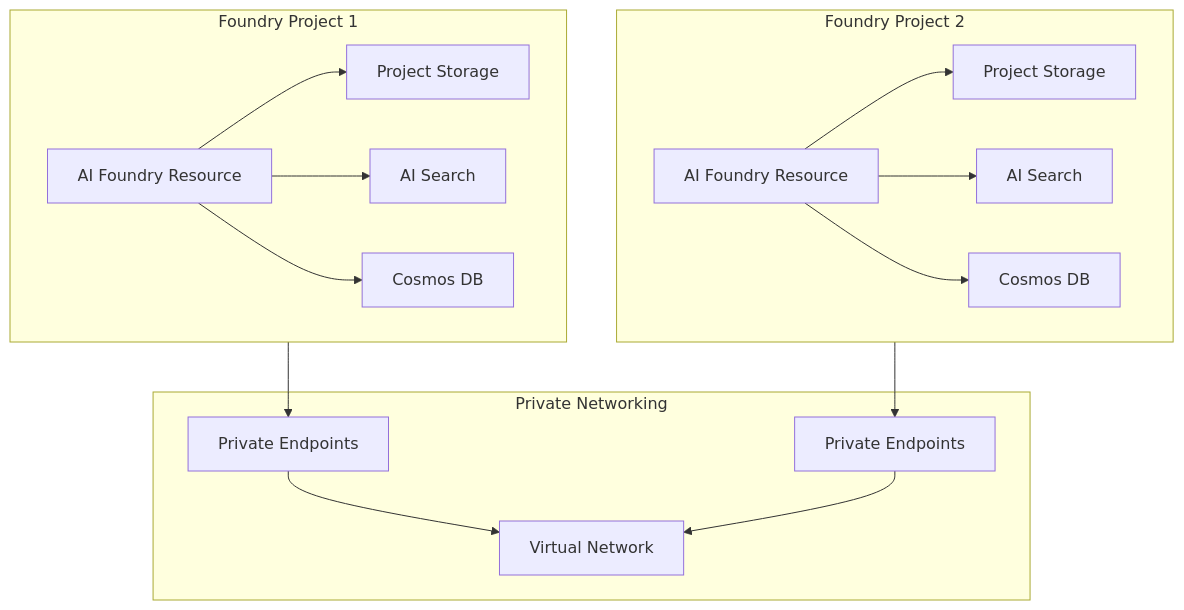
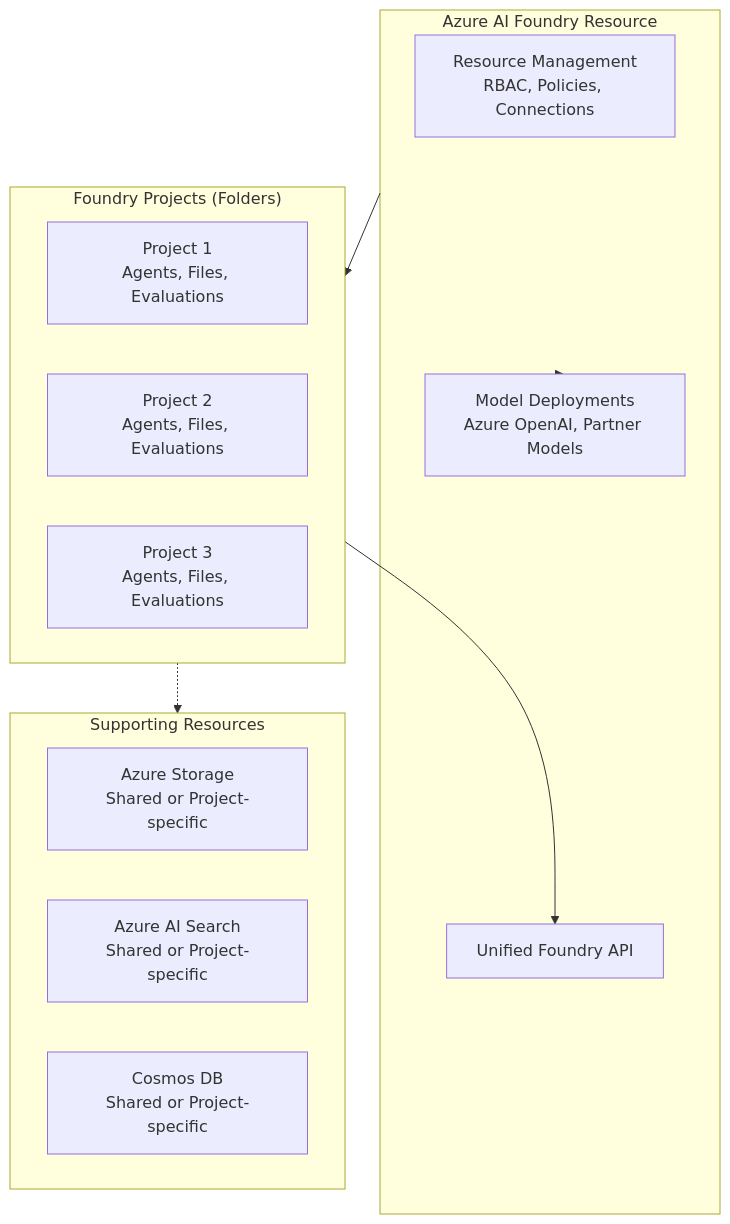
One commit to JinLee794/ai-foundry-sandbox changed the first of 2 diagrams in README.md. Above: the diagram before and after it, drawn with Mermaid. The commit also changed other lines of this file, not shown here.

````diff
--- a/README.md
+++ b/README.md
@@ -93,39 +96,29 @@
 ```mermaid
 flowchart TB
-    %% Project 1
-    subgraph Project1["Foundry Project 1"]
-        F1[AI Foundry Resource]
-        S1[Project Storage]
-        AI1[AI Search]
-        C1[Cosmos DB]
+    %% Azure AI Foundry Resource
+    subgraph FoundryResource["Azure AI Foundry Resource"]
+        Management[Resource Management<br/>RBAC, Policies, Connections]
+        Models[Model Deployments<br/>Azure OpenAI, Partner Models]
+        API[Unified Foundry API]
     end
 
-    %% Project 2
-    subgraph Project2["Foundry Project 2"]
-        F2[AI Foundry Resource]
-        S2[Project Storage]
-        AI2[AI Search]
-        C2[Cosmos DB]
+    %% Projects as Folders
+    subgraph Projects["Foundry Projects (Folders)"]
+        P1[Project 1<br/>Agents, Files, Evaluations]
+        P2[Project 2<br/>Agents, Files, Evaluations]
+        P3[Project 3<br/>Agents, Files, Evaluations]
     end
 
-    %% Networking
-    subgraph Networking["Private Networking"]
-        VNet[Virtual Network]
-        PE1[Private Endpoints]
-        PE2[Private Endpoints]
+    %% Supporting Resources (Flexible Configuration)
+    subgraph SupportingResources["Supporting Resources"]
+        Storage[Azure Storage<br/>Shared or Project-specific]
+        Search[Azure AI Search<br/>Shared or Project-specific]
+        Cosmos[Cosmos DB<br/>Shared or Project-specific]
     end
 
-    %% Connections for Project 1
-    F1 --> S1
-    F1 --> AI1
-    F1 --> C1
-    Project1 --> PE1
-    PE1 --> VNet
-
-    %% Connections for Project 2
-    F2 --> S2
-    F2 --> AI2
-    F2 --> C2
-    Project2 --> PE2
-    PE2 --> VNet
+    %% Connections
+    FoundryResource --> Projects
+    Projects -.-> SupportingResources
+    FoundryResource --> Models
+    Projects --> API
 ```
````
